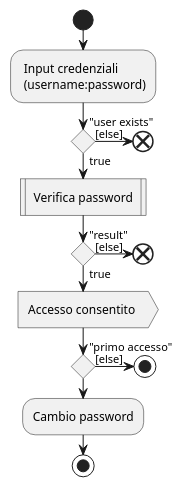
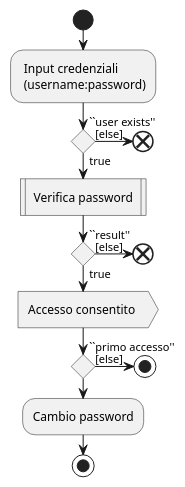
Before and after one commit to Matlice/ing_sw_2022: the diagram in DOC/VER1/diagrams/activity/login_utente.puml, drawn with PlantUML. The commit also changed 8 other files, not shown here.

```diff
--- a/DOC/VER1/diagrams/activity/login_utente.puml
+++ b/DOC/VER1/diagrams/activity/login_utente.puml
@@ -1,31 +1,31 @@
 @startuml
 skinparam conditionStyle diamond
 
 start
 
 : Input credenziali \n (username:password);
 
-if ("user exists") then (true)
+if (``user exists'') then (true)
     
     : Verifica password |
 
-    if ("result") then (true)
+    if (``result'') then (true)
         :Accesso consentito >
         
-        if ("primo accesso") then
+        if (``primo accesso'') then
             :Cambio password;
             stop
         else ([else])
             stop
         endif
 
     else ([else])
         end
     endif
 
 
 else ([else])
     end
 endif
 
 @enduml
```
